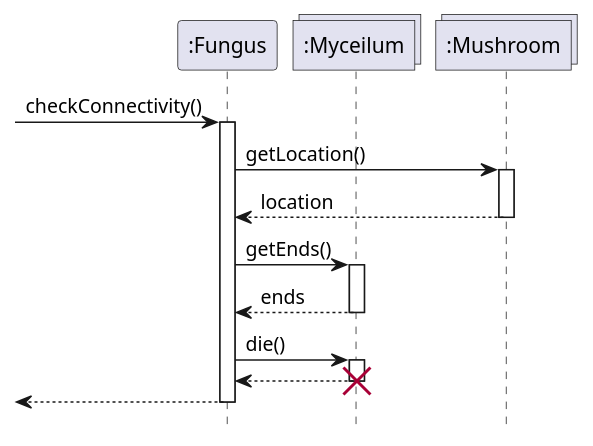
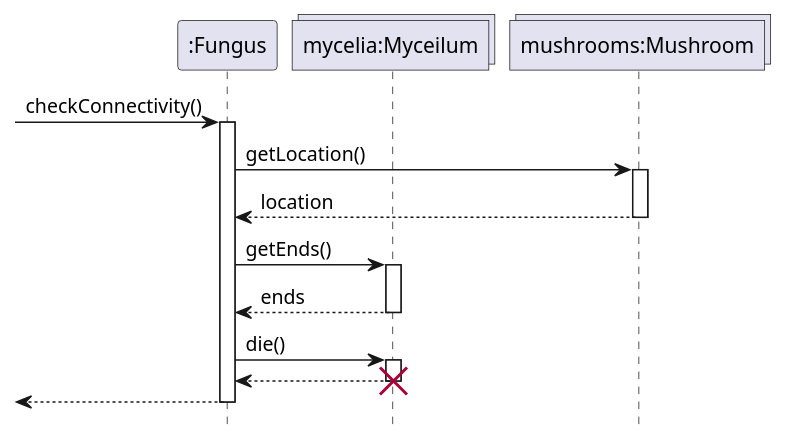
One commit to ZD4ve/projlab-error521 changed the diagram in Fungus/check-connectivity.pu. Above: the diagram before and after it, drawn with PlantUML. The commit also changed 3 other files, not shown here.

```diff
--- a/Fungus/check-connectivity.pu
+++ b/Fungus/check-connectivity.pu
@@ -1,30 +1,28 @@
 @startuml Fungus/check-connectivity
 hide footbox
 
 participant ":Fungus" as fungus
-collections ":Myceilum" as mycelium
-collections ":Mushroom" as mushroom
+collections "mycelia:Myceilum" as mycelium
+collections "mushrooms:Mushroom" as mushroom
 
-'TODO hmmm, im not sure about this
-' self to self?
 
 -> fungus : checkConnectivity()
 activate fungus
 
 fungus -> mushroom : getLocation()
 activate mushroom
 return location
 
 fungus -> mycelium : getEnds()
 activate mycelium
 return ends
 
 
 fungus -> mycelium : die()
 activate mycelium
 return
 destroy mycelium
 
 return
 
 @enduml
```
